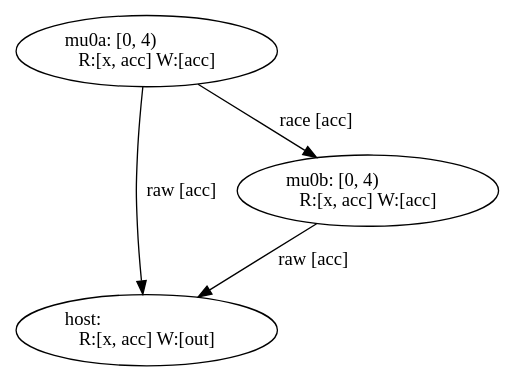
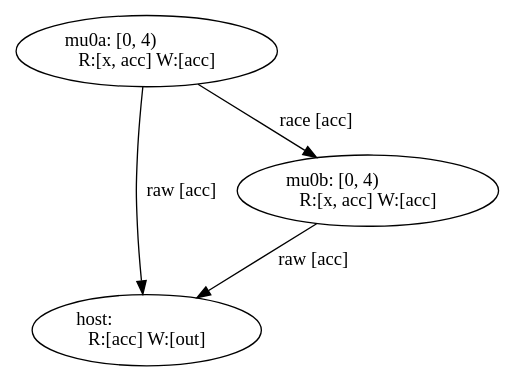
Before and after one commit to Servyi-Agent/pypto-symir: the diagram in out/parallel_carry.dot, drawn with Graphviz. The commit also changed 7 other files, not shown here.

```diff
--- a/out/parallel_carry.dot
+++ b/out/parallel_carry.dot
@@ -1,8 +1,8 @@
 digraph {
-    0 [ label = "host:\lR:[x, acc] W:[out]" ]
+    0 [ label = "host:\lR:[acc] W:[out]" ]
     1 [ label = "mu0a: [0, 4)\lR:[x, acc] W:[acc]" ]
     2 [ label = "mu0b: [0, 4)\lR:[x, acc] W:[acc]" ]
     1 -> 2 [ label = "race [acc]" ]
     1 -> 0 [ label = "raw [acc]" ]
     2 -> 0 [ label = "raw [acc]" ]
 }
```
